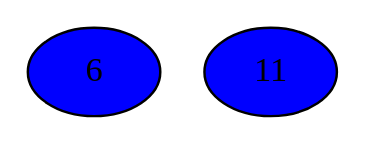
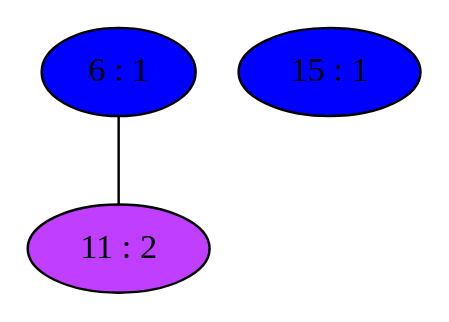
The diagram in Compiler/17iGraph.dot (mbajaj92/Project-Astoria), drawn with Graphviz before and after one commit. The commit also changed 213 other files, not shown here.

```diff
--- a/Compiler/17iGraph.dot
+++ b/Compiler/17iGraph.dot
@@ -1,4 +1,7 @@
 strict graph {
-6[label="6" style=filled fillcolor="blue1"];
-11[label="11" style=filled fillcolor="blue1"];
+6[label="6 : 1" style=filled fillcolor="blue1"];
+6 -- 11
+11[label="11 : 2" style=filled fillcolor="darkorchid1"];
+11 -- 6
+15[label="15 : 1" style=filled fillcolor="blue1"];
 }
```
